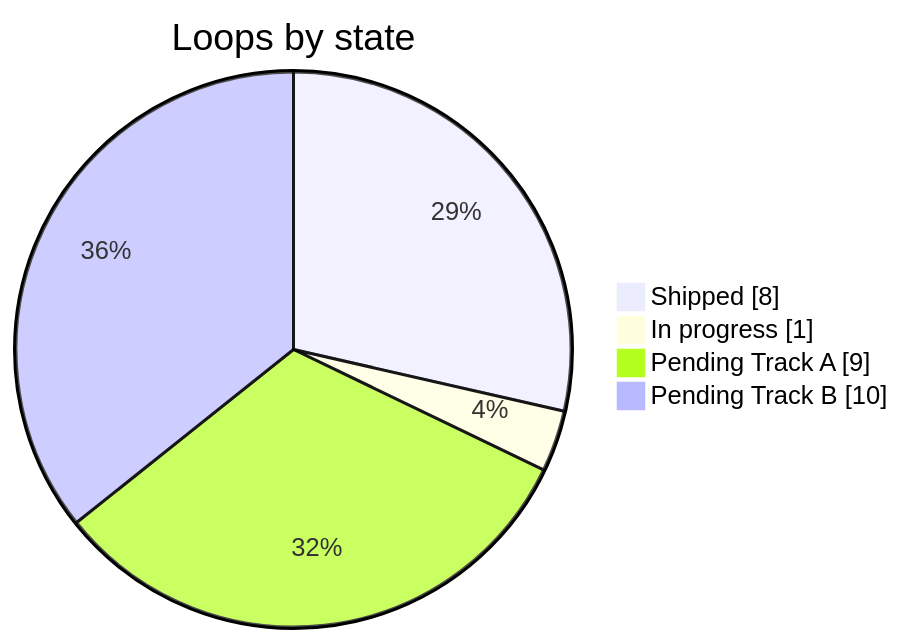
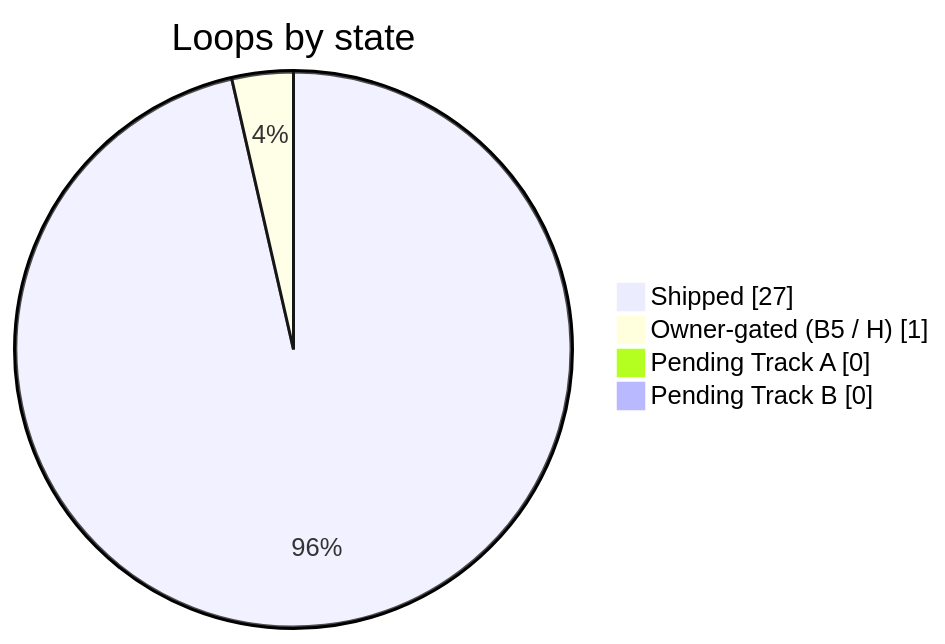
One commit to ivangarciafilho/DNDSheet changed the first of 2 diagrams in docs/roadmap/DNDSheet-Implementation-Backlog.md. Above: the diagram before and after it, drawn with Mermaid. The commit also changed other lines of this file and 5 other files, not shown here.

Commit message:
docs: record Build 250 publication, receipts, backlog closures, and Track C roadmap

````diff
--- a/docs/roadmap/DNDSheet-Implementation-Backlog.md
+++ b/docs/roadmap/DNDSheet-Implementation-Backlog.md
@@ -392,8 +396,8 @@
 ```mermaid
 pie showData
   title Loops by state
-  "Shipped" : 8
-  "In progress" : 1
-  "Pending Track A" : 9
-  "Pending Track B" : 10
+  "Shipped" : 27
+  "Owner-gated (B5 / H)" : 1
+  "Pending Track A" : 0
+  "Pending Track B" : 0
 ```
````
